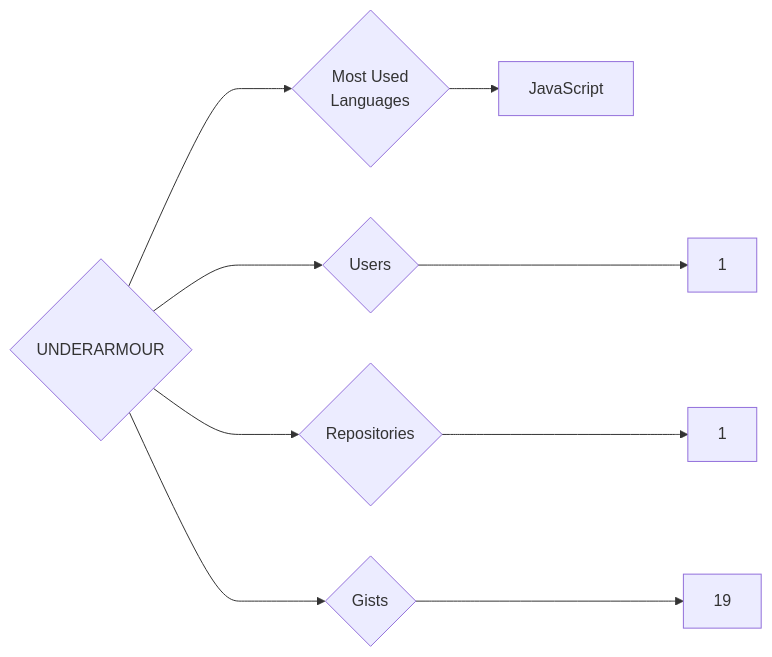
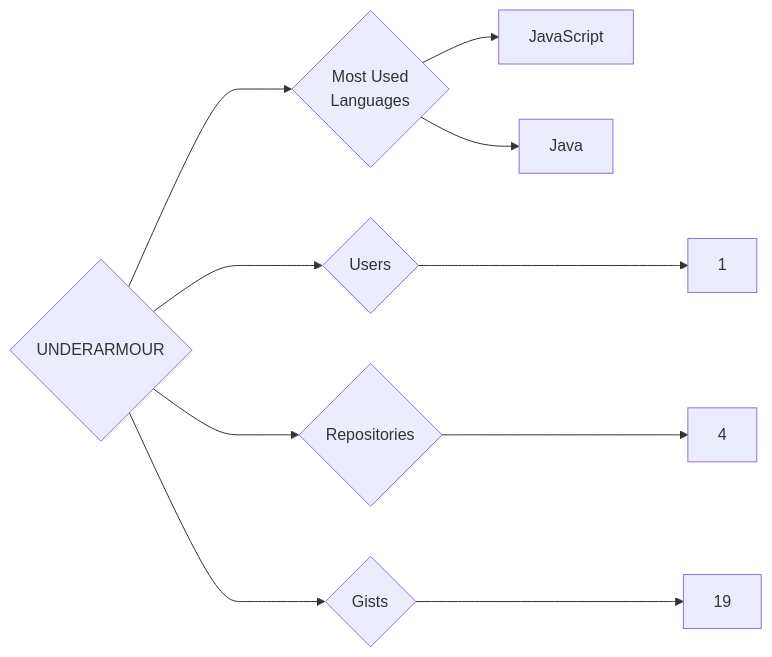
One commit to trickest/insiders changed the diagram in targets/UNDERARMOUR/README.md. Above: the diagram before and after it, drawn with Mermaid. The commit also changed 695 other files, not shown here.

````diff
--- a/targets/UNDERARMOUR/README.md
+++ b/targets/UNDERARMOUR/README.md
@@ -3,9 +3,10 @@
 ```mermaid
 graph LR
 COMPANY_NAME{UNDERARMOUR}
 COMPANY_NAME ---> U{Users} ---> UN[1]
-COMPANY_NAME ---> R{Repositories} ---> RN[1]
+COMPANY_NAME ---> R{Repositories} ---> RN[4]
 COMPANY_NAME ---> G{Gists} ---> GN[19]
 COMPANY_NAME ---> ML{Most Used<br>Languages}
 ML --> JavaScript[JavaScript]
+ML --> Java[Java]
 ```
````
